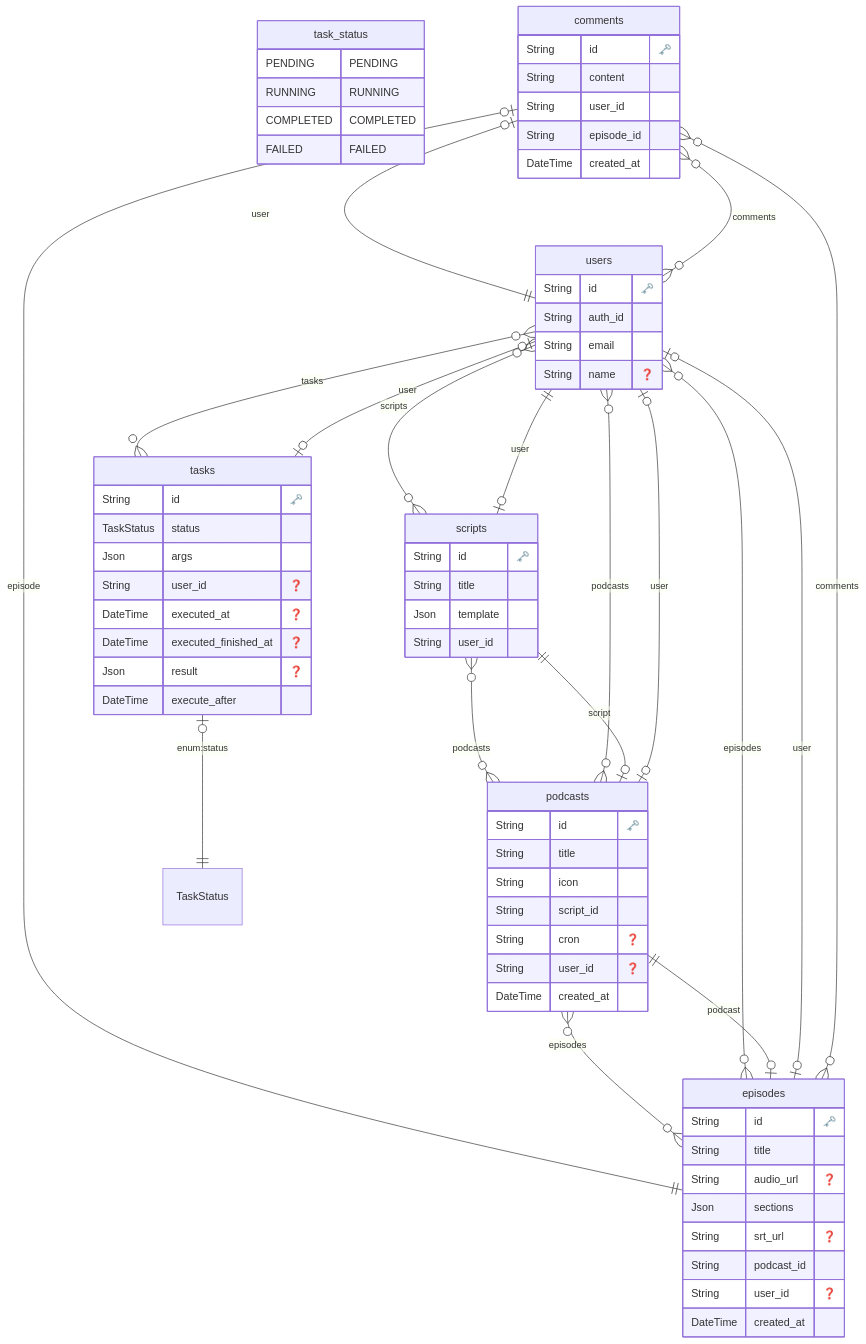
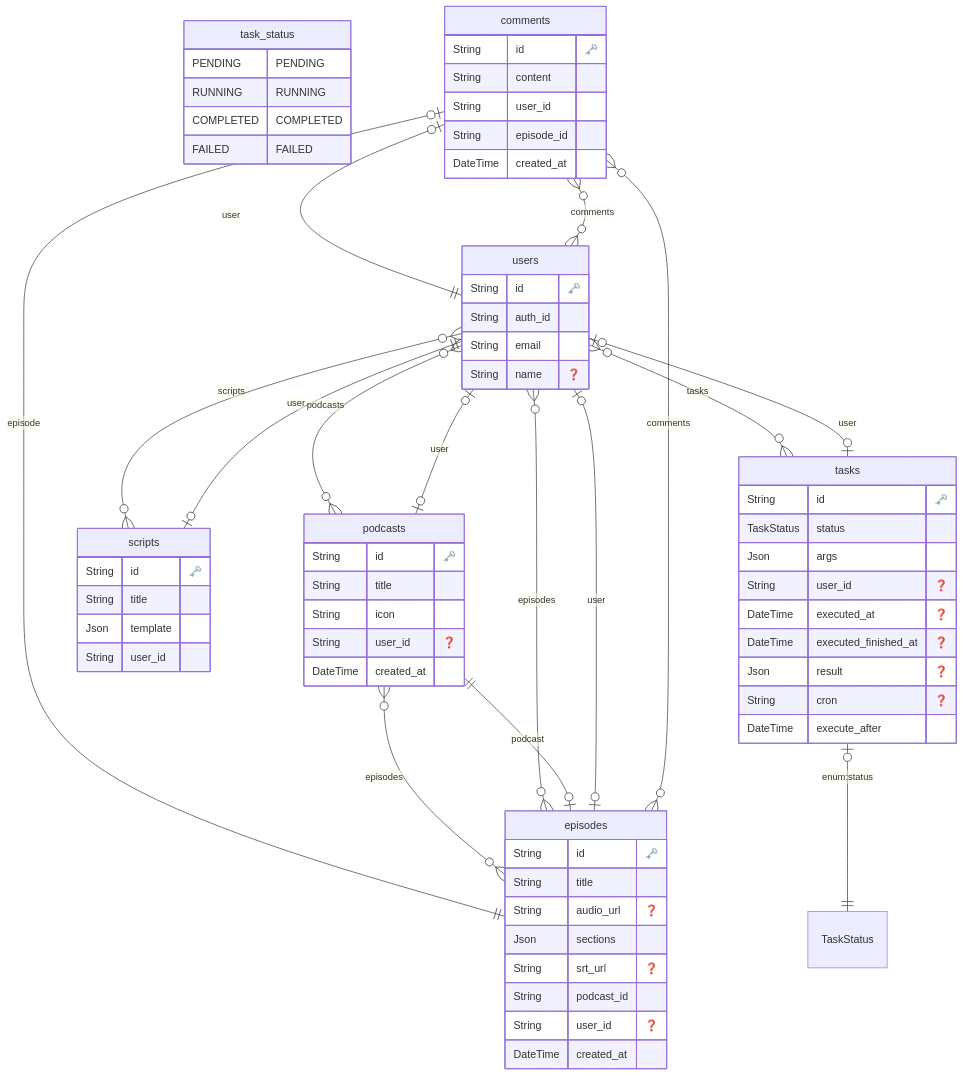
One commit to wakame-tech/botcast changed the diagram in api/prisma/schema/ERD.md. Above: the diagram before and after it, drawn with Mermaid. The commit also changed 8 other files, not shown here.

```diff
--- a/api/prisma/schema/ERD.md
+++ b/api/prisma/schema/ERD.md
@@ -33,8 +33,6 @@
     String id "🗝️"
     String title 
     String icon 
-    String script_id 
-    String cron "❓"
     String user_id "❓"
     DateTime created_at 
     }
@@ -56,6 +54,7 @@
     DateTime executed_at "❓"
     DateTime executed_finished_at "❓"
     Json result "❓"
+    String cron "❓"
     DateTime execute_after 
     }
   
@@ -72,11 +71,9 @@
     "episodes" o|--|| "podcasts" : "podcast"
     "episodes" o|--|o "users" : "user"
     "episodes" o{--}o "comments" : "comments"
-    "podcasts" o|--|| "scripts" : "script"
     "podcasts" o{--}o "episodes" : "episodes"
     "podcasts" o|--|o "users" : "user"
     "scripts" o|--|| "users" : "user"
-    "scripts" o{--}o "podcasts" : "podcasts"
     "tasks" o|--|| "TaskStatus" : "enum:status"
     "tasks" o|--|o "users" : "user"
     "users" o{--}o "scripts" : "scripts"
```
